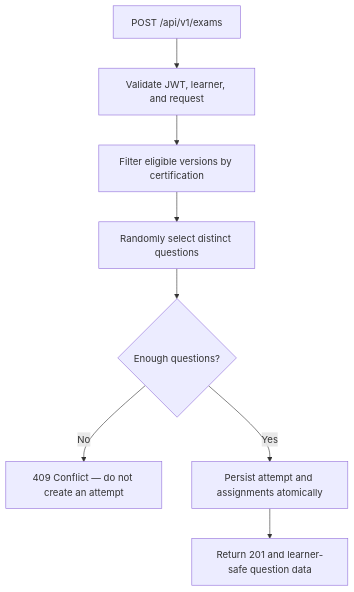
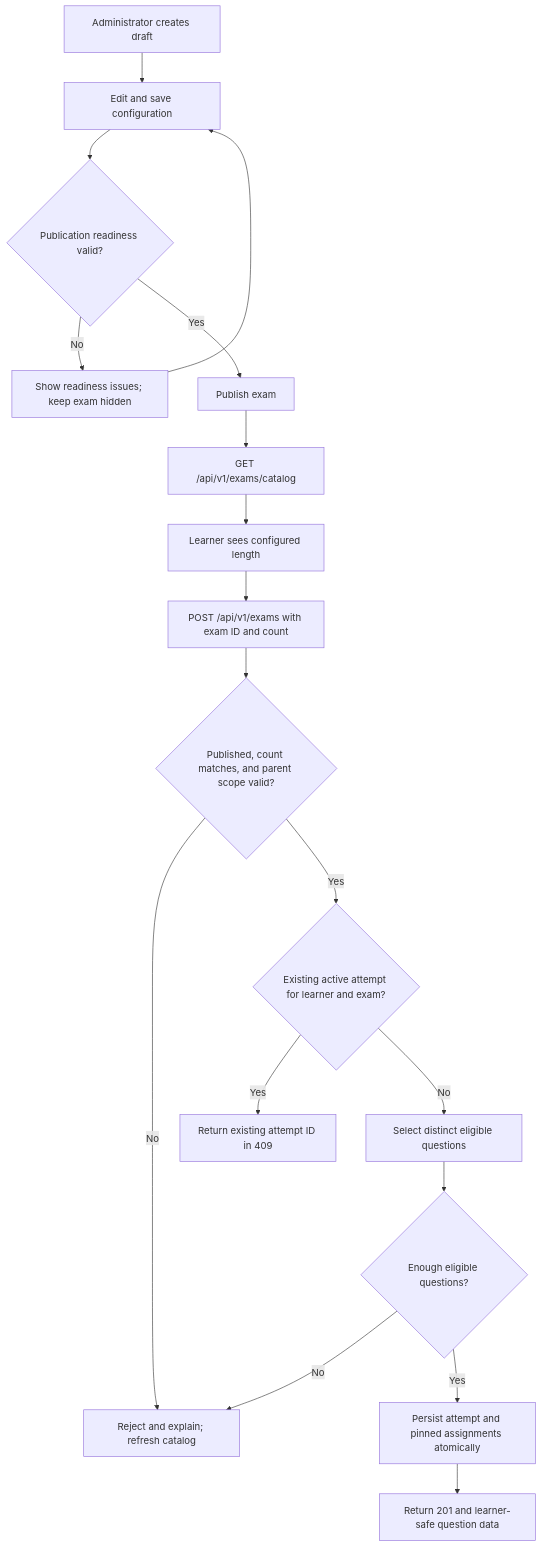
Before and after one commit to chingu-voyages/X02-team-01: the diagram in docs/exam-generation.md, drawn with Mermaid. The commit also changed other lines of this file and 4 other files, not shown here.

````diff
--- a/docs/exam-generation.md
+++ b/docs/exam-generation.md
@@ -15,10 +31,20 @@
 ```mermaid
 flowchart TD
-    A["POST /api/v1/exams"] --> B["Validate JWT, learner, and request"]
-    B --> C["Filter eligible versions by certification"]
-    C --> D["Randomly select distinct questions"]
-    D --> E{"Enough questions?"}
-    E -->|No| F["409 Conflict — do not create an attempt"]
-    E -->|Yes| G["Persist attempt and assignments atomically"]
-    G --> H["Return 201 and learner-safe question data"]
+    A[Administrator creates draft] --> B[Edit and save configuration]
+    B --> C{Publication readiness valid?}
+    C -->|No| D[Show readiness issues; keep exam hidden]
+    D --> B
+    C -->|Yes| E[Publish exam]
+    E --> F[GET /api/v1/exams/catalog]
+    F --> G[Learner sees configured length]
+    G --> H[POST /api/v1/exams with exam ID and count]
+    H --> I{Published, count matches, and parent scope valid?}
+    I -->|No| J[Reject and explain; refresh catalog]
+    I -->|Yes| K{Existing active attempt for learner and exam?}
+    K -->|Yes| L[Return existing attempt ID in 409]
+    K -->|No| M[Select distinct eligible questions]
+    M --> P{Enough eligible questions?}
+    P -->|No| J
+    P -->|Yes| N[Persist attempt and pinned assignments atomically]
+    N --> O[Return 201 and learner-safe question data]
 ```
````
